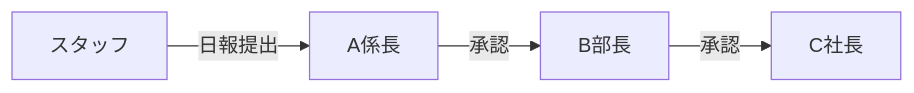
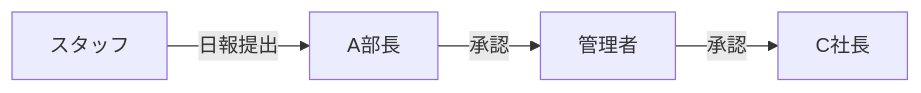
One commit to sndbox-llc/hugo_nipo_plus changed the diagram in content/_index.md. Above: the diagram before and after it, drawn with Mermaid. The commit also changed other lines of this file and 5 other files, not shown here.

```diff
--- a/content/_index.md
+++ b/content/_index.md
@@ -62,6 +138,6 @@
 {{<mermaid align="center">}}
 graph LR;
-  スタッフ -->|日報提出| A係長
-  A係長 -->|承認| B部長
-  B部長 -->|承認| C社長
+  スタッフ -->|日報提出| A部長
+  A部長 -->|承認| 管理者
+  管理者 -->|承認| C社長
 {{< /mermaid >}}
```
